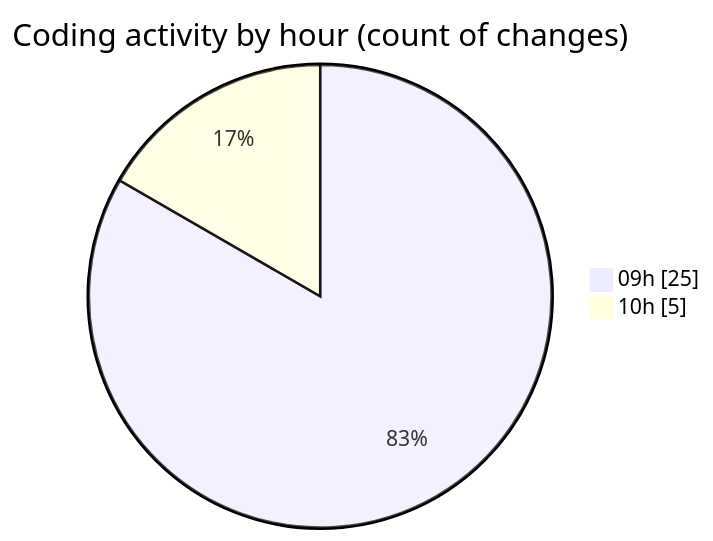
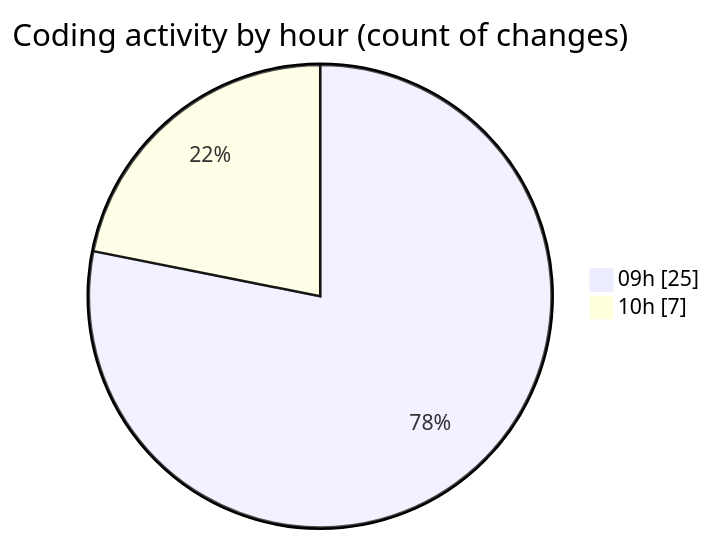
Before and after one commit to momahboobian/code-tracking: the second of 2 diagrams in 2025-05-07/cda/README.md, drawn with Mermaid. The commit also changed other lines of this file and 1 other file, not shown here.

````diff
--- a/2025-05-07/cda/README.md
+++ b/2025-05-07/cda/README.md
@@ -46,6 +47,6 @@
 ```mermaid
 pie showData
 title Coding activity by hour (count of changes)
 "09h" : 25
-"10h" : 5
+"10h" : 7
 ```
````
